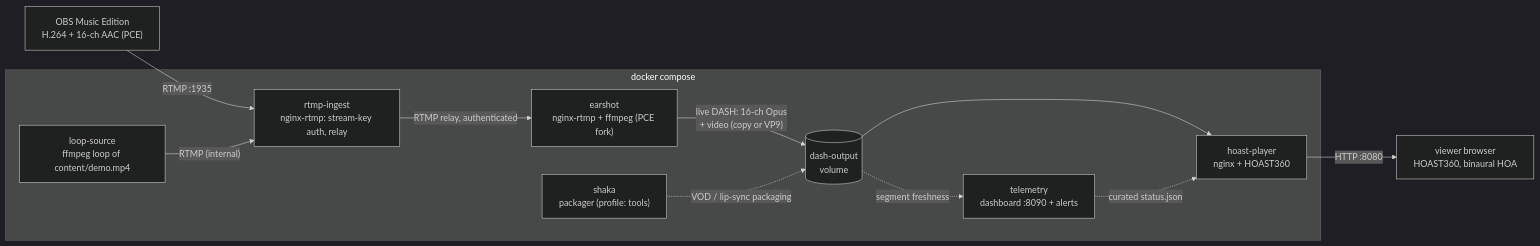
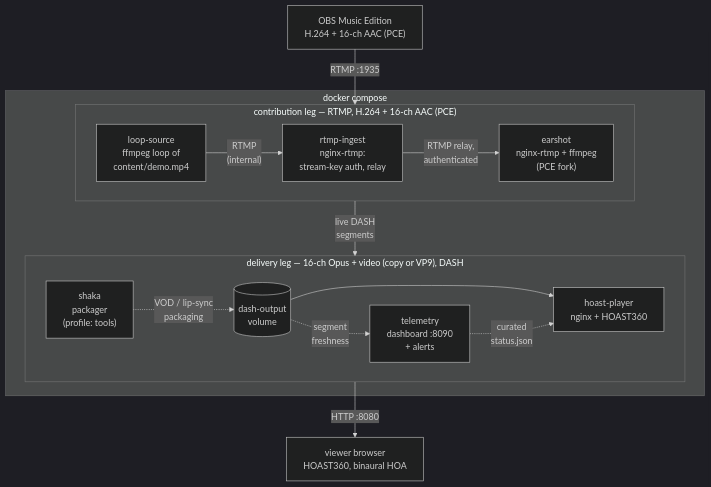
One commit to mormegil6/ambisonic-box changed the diagram in README.md. Above: the diagram before and after it, drawn with Mermaid (dark theme). The commit also changed other lines of this file, not shown here.

Commit message:
README: stack the architecture diagram into two horizontal legs
The flowchart was LR across seven stages, so it rendered 6.3:1 - GitHub scales
a diagram to the content column, and at 1584px natural width the labels came
out around half size and unreadable.

Now TD, with the contribution and delivery legs as nested subgraphs that each
run LR internally. Reading order is top to bottom, the docker compose boundary
survives, and no label content is lost. 1.5:1 instead of 6.3:1, and the type
lands at two thirds size rather than half.

Also record that the 8K test card ships as a release asset.

````diff
--- a/README.md
+++ b/README.md
@@ -13,25 +13,33 @@
 ```mermaid
-flowchart LR
+flowchart TD
     OBS["OBS Music Edition<br/>H.264 + 16-ch AAC (PCE)"]
+
+    subgraph COMPOSE["docker compose"]
+        subgraph CONTRIB["contribution leg &mdash; RTMP, H.264 + 16-ch AAC (PCE)"]
+            direction LR
+            LOOP["loop-source<br/>ffmpeg loop of<br/>content/demo.mp4"]
+            INGEST["rtmp-ingest<br/>nginx-rtmp:<br/>stream-key auth, relay"]
+            EARSHOT["earshot<br/>nginx-rtmp + ffmpeg<br/>(PCE fork)"]
+            LOOP -- "RTMP<br/>(internal)" --> INGEST
+            INGEST -- "RTMP relay,<br/>authenticated" --> EARSHOT
+        end
+
+        subgraph DELIVERY["delivery leg &mdash; 16-ch Opus + video (copy or VP9), DASH"]
+            direction LR
+            VOL[("dash-output<br/>volume")]
+            PLAYER["hoast-player<br/>nginx + HOAST360"]
+            SHAKA["shaka<br/>packager<br/>(profile: tools)"]
+            TELEM["telemetry<br/>dashboard :8090<br/>+ alerts"]
+            VOL --> PLAYER
+        end
+    end
+
     VIEWER["viewer browser<br/>HOAST360, binaural HOA"]
 
-    subgraph COMPOSE["docker compose"]
-        LOOP["loop-source<br/>ffmpeg loop of content/demo.mp4"]
-        INGEST["rtmp-ingest<br/>nginx-rtmp: stream-key auth, relay"]
-        EARSHOT["earshot<br/>nginx-rtmp + ffmpeg (PCE fork)"]
-        VOL[("dash-output<br/>volume")]
-        PLAYER["hoast-player<br/>nginx + HOAST360"]
-        SHAKA["shaka<br/>packager (profile: tools)"]
-        TELEM["telemetry<br/>dashboard :8090 + alerts"]
-    end
-    
     OBS -- "RTMP :1935" --> INGEST
-    LOOP -- "RTMP (internal)" --> INGEST
-    INGEST -- "RTMP relay, authenticated" --> EARSHOT
-    EARSHOT -- "live DASH: 16-ch Opus<br/>+ video (copy or VP9)" --> VOL
-    VOL --> PLAYER
-    SHAKA -. "VOD / lip-sync packaging" .-> VOL
+    EARSHOT -- "live DASH<br/>segments" --> VOL
     PLAYER -- "HTTP :8080" --> VIEWER
-    VOL -. "segment freshness" .-> TELEM
-    TELEM -. "curated status.json" .-> PLAYER
+    SHAKA -. "VOD / lip-sync<br/>packaging" .-> VOL
+    VOL -. "segment<br/>freshness" .-> TELEM
+    TELEM -. "curated<br/>status.json" .-> PLAYER
 ```
````
